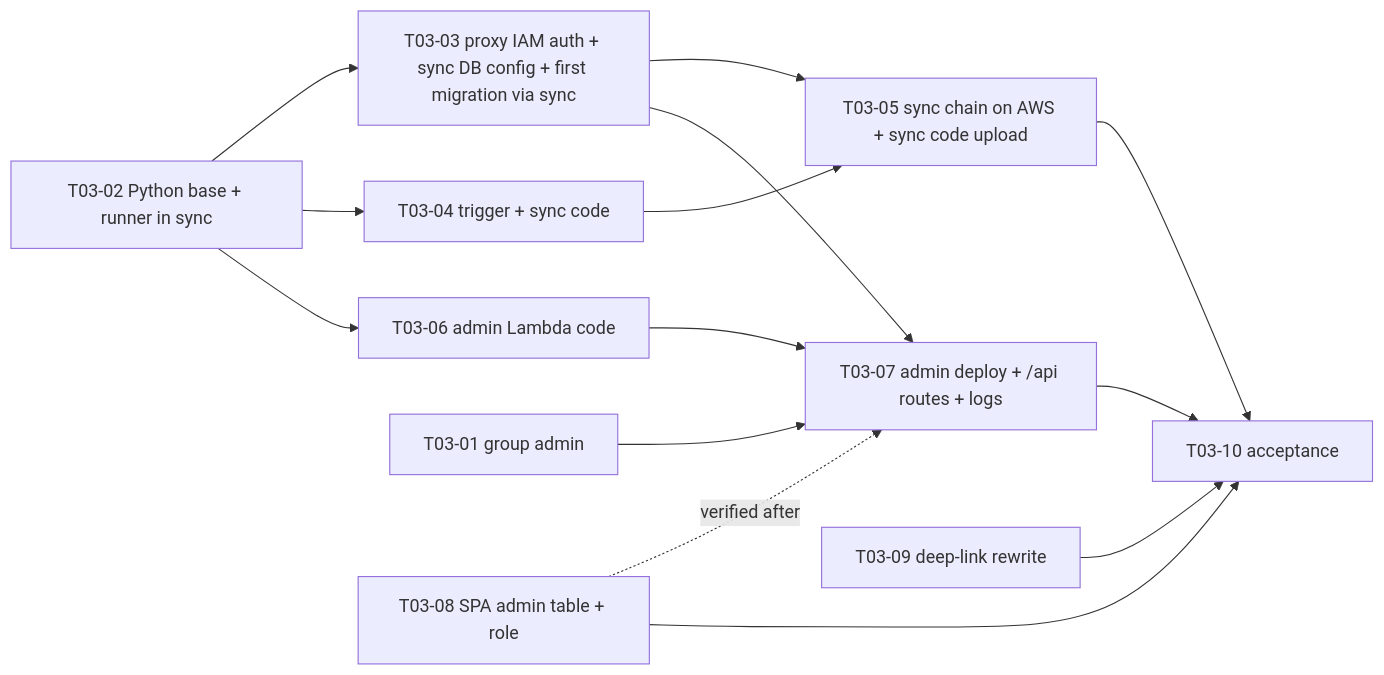
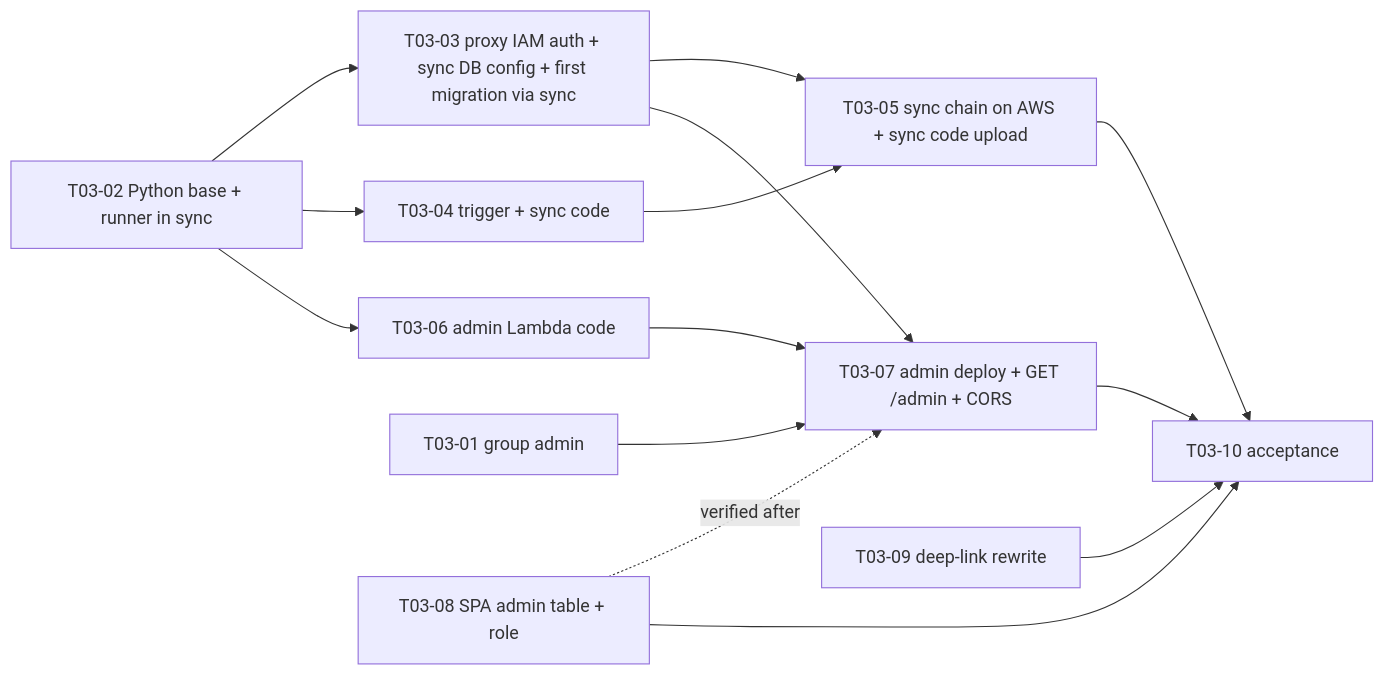
Before and after one commit to maxim-semenko/aws_challenge: the third of 3 diagrams in docs/PLAN.md, drawn with Mermaid. The commit also changed other lines of this file and 19 other files, not shown here.

````diff
--- a/docs/PLAN.md
+++ b/docs/PLAN.md
@@ -65,16 +65,16 @@
 ```mermaid
 flowchart LR
     T0302[T03-02 Python base + runner in sync] --> T0303[T03-03 proxy IAM auth + sync DB config + first migration via sync]
     T0302 --> T0304[T03-04 trigger + sync code]
     T0302 --> T0306[T03-06 admin Lambda code]
     T0303 --> T0305[T03-05 sync chain on AWS + sync code upload]
     T0304 --> T0305
-    T0301[T03-01 group admin] --> T0307[T03-07 admin deploy + /api routes + logs]
+    T0301[T03-01 group admin] --> T0307[T03-07 admin deploy + GET /admin + CORS]
     T0303 --> T0307
     T0306 --> T0307
     T0308[T03-08 SPA admin table + role] -.verified after.-> T0307
     T0309[T03-09 deep-link rewrite] --> T0310[T03-10 acceptance]
     T0305 --> T0310
     T0307 --> T0310
     T0308 --> T0310
 ```
````
